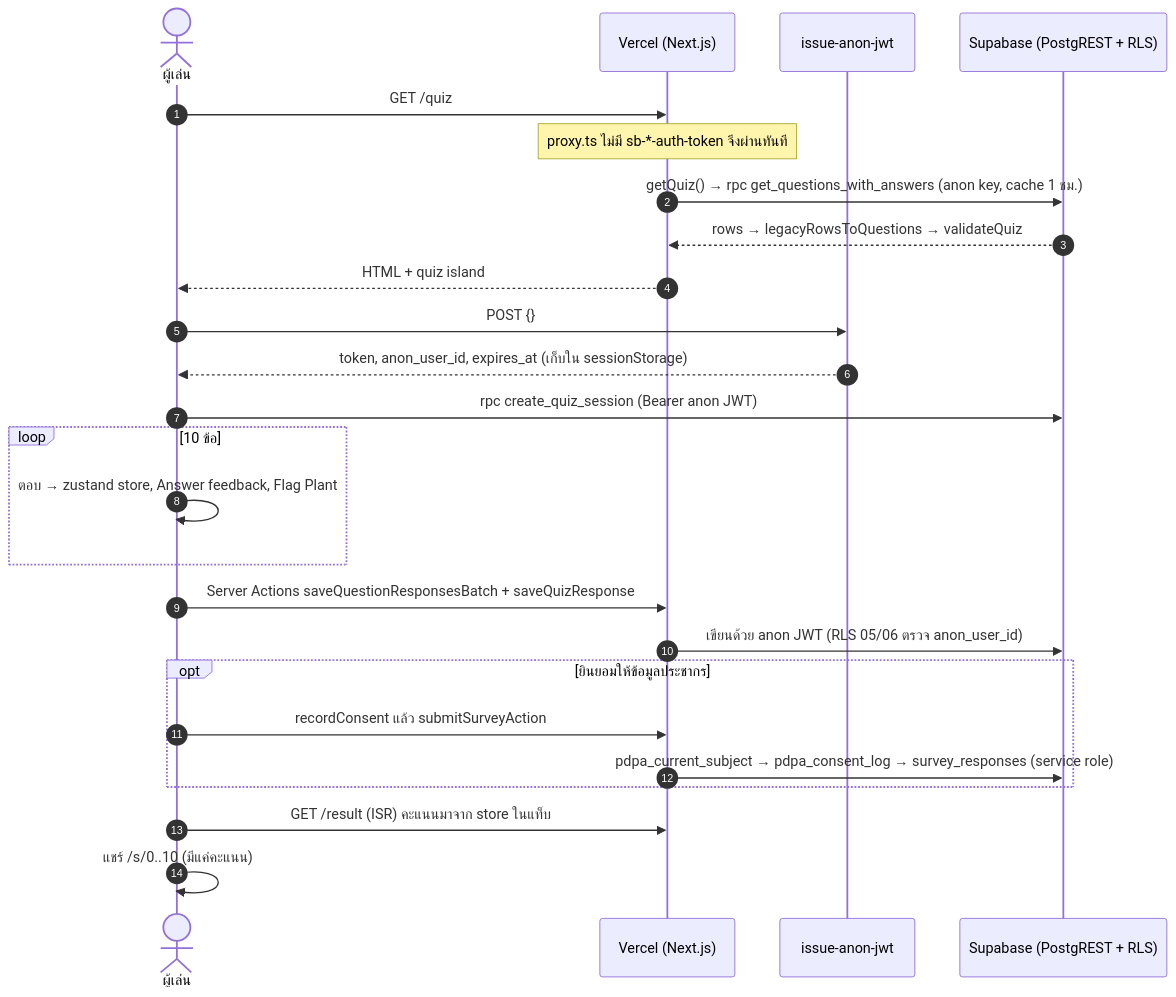
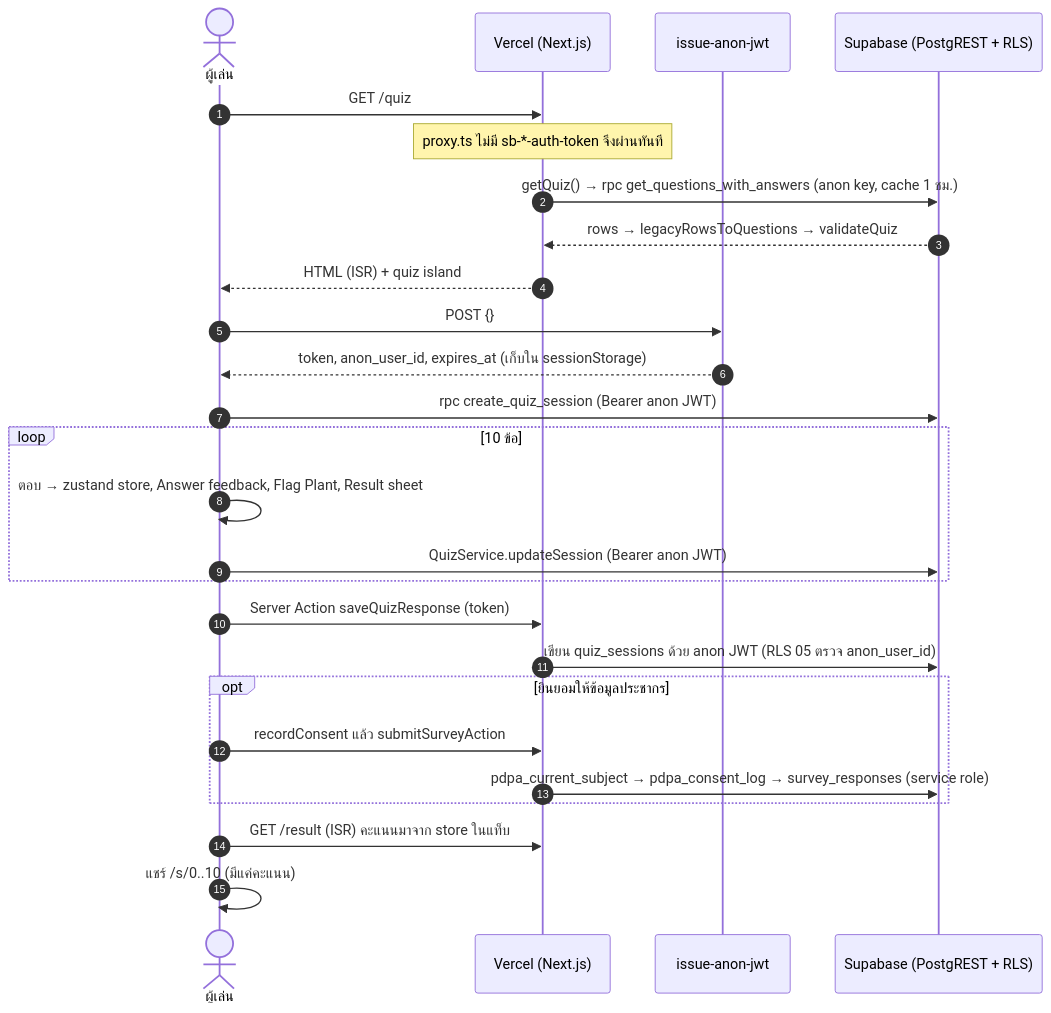
One commit to media-TH/jone-loy-nuan changed the second of 2 diagrams in docs/greenfield/README.md. Above: the diagram before and after it, drawn with Mermaid. The commit also changed other lines of this file and 67 other files, not shown here.

````diff
--- a/docs/greenfield/README.md
+++ b/docs/greenfield/README.md
@@ -110,28 +112,29 @@
 ```mermaid
 sequenceDiagram
   autonumber
   actor P as ผู้เล่น
   participant V as Vercel (Next.js)
   participant EF as issue-anon-jwt
   participant DB as Supabase (PostgREST + RLS)
 
   P->>V: GET /quiz
   Note over V: proxy.ts ไม่มี sb-*-auth-token จึงผ่านทันที
   V->>DB: getQuiz() → rpc get_questions_with_answers (anon key, cache 1 ชม.)
   DB-->>V: rows → legacyRowsToQuestions → validateQuiz
-  V-->>P: HTML + quiz island
+  V-->>P: HTML (ISR) + quiz island
   P->>EF: POST {}
   EF-->>P: token, anon_user_id, expires_at (เก็บใน sessionStorage)
   P->>DB: rpc create_quiz_session (Bearer anon JWT)
   loop 10 ข้อ
-    P->>P: ตอบ → zustand store, Answer feedback, Flag Plant
+    P->>P: ตอบ → zustand store, Answer feedback, Flag Plant, Result sheet
+    P->>DB: QuizService.updateSession (Bearer anon JWT)
   end
-  P->>V: Server Actions saveQuestionResponsesBatch + saveQuizResponse
-  V->>DB: เขียนด้วย anon JWT (RLS 05/06 ตรวจ anon_user_id)
+  P->>V: Server Action saveQuizResponse (token)
+  V->>DB: เขียน quiz_sessions ด้วย anon JWT (RLS 05 ตรวจ anon_user_id)
   opt ยินยอมให้ข้อมูลประชากร
     P->>V: recordConsent แล้ว submitSurveyAction
     V->>DB: pdpa_current_subject → pdpa_consent_log → survey_responses (service role)
   end
   P->>V: GET /result (ISR) คะแนนมาจาก store ในแท็บ
   P->>P: แชร์ /s/0..10 (มีแค่คะแนน)
 ```
````
